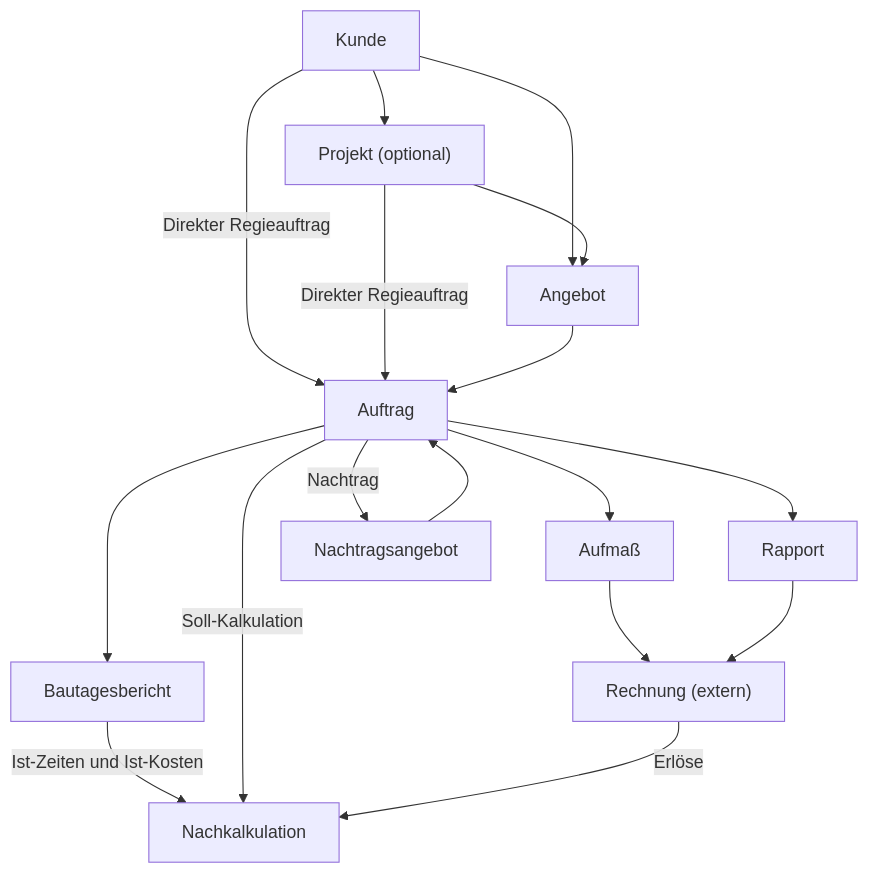
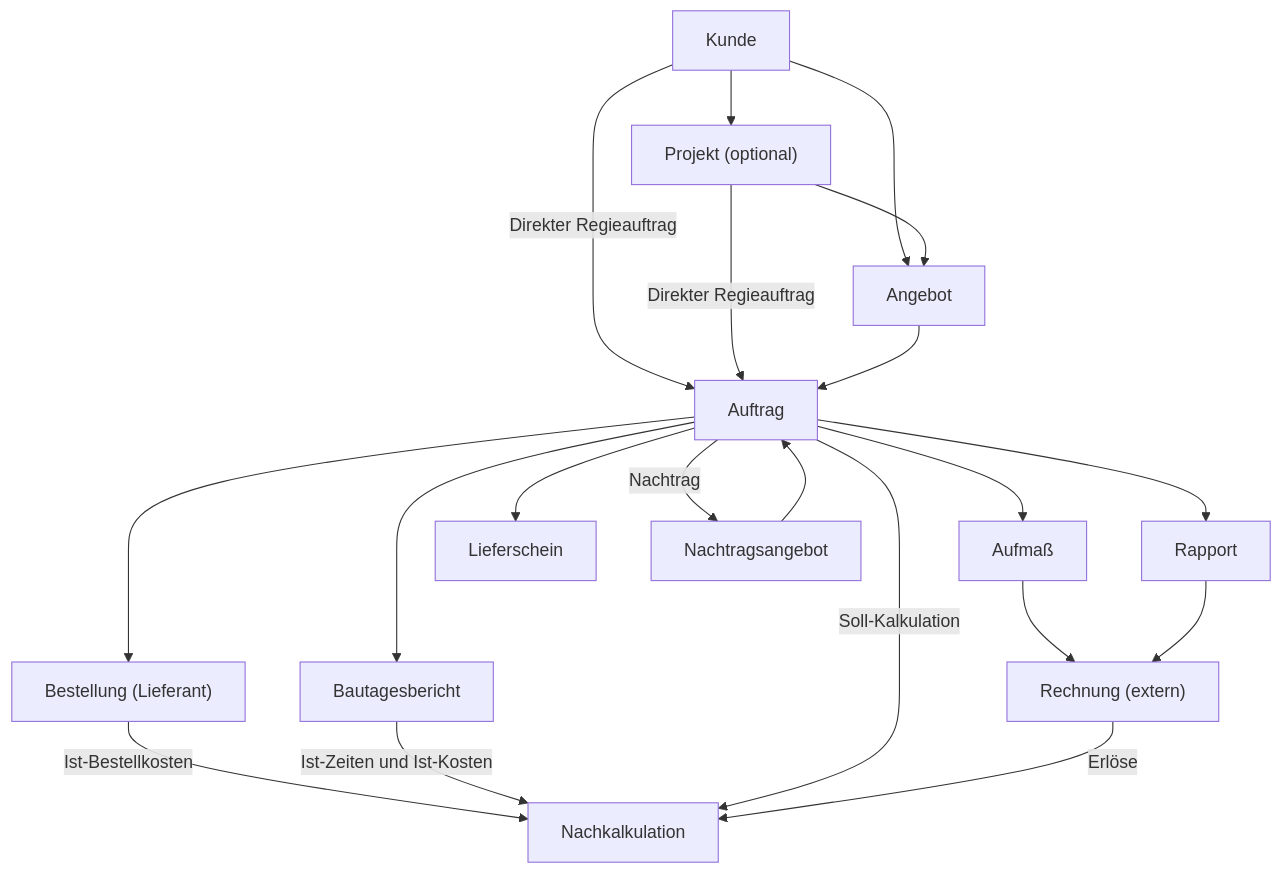
One commit to Budlowski/calight changed the diagram in docs/ROADMAP.md. Above: the diagram before and after it, drawn with Mermaid. The commit also changed other lines of this file, not shown here.

Commit message:
docs: actual Roadmap

````diff
--- a/docs/ROADMAP.md
+++ b/docs/ROADMAP.md
@@ -45,29 +76,60 @@
 ```mermaid
+
 flowchart TD
+
     K["Kunde"]
+
     P["Projekt (optional)"]
+
     A["Angebot"]
+
     AU["Auftrag"]
+
     BT["Bautagesbericht"]
+
     AM["Aufmaß"]
+
     RP["Rapport"]
+    BE["Bestellung (Lieferant)"]
+    LS["Lieferschein"]
+
     RE["Rechnung (extern)"]
+
     NK["Nachkalkulation"]
 
     K --> P
+
     K --> A
+
     P --> A
+
     K -->|"Direkter Regieauftrag"| AU
+
     P -->|"Direkter Regieauftrag"| AU
+
     A --> AU
+
     AU --> BT
+
     AU --> AM
+
     AU --> RP
+    AU --> BE
+    AU --> LS
+    BE -->|"Ist-Bestellkosten"| NK
+
     AU -->|"Nachtrag"| NA["Nachtragsangebot"]
+
     NA --> AU
+
     AM --> RE
+
     RP --> RE
+
     BT -->|"Ist-Zeiten und Ist-Kosten"| NK
+
     AU -->|"Soll-Kalkulation"| NK
+
     RE -->|"Erlöse"| NK
+
 ```
````
